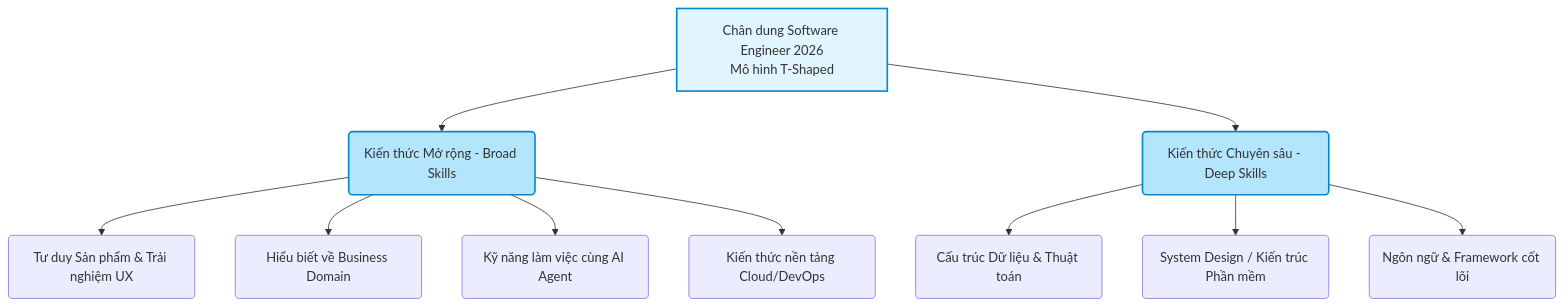
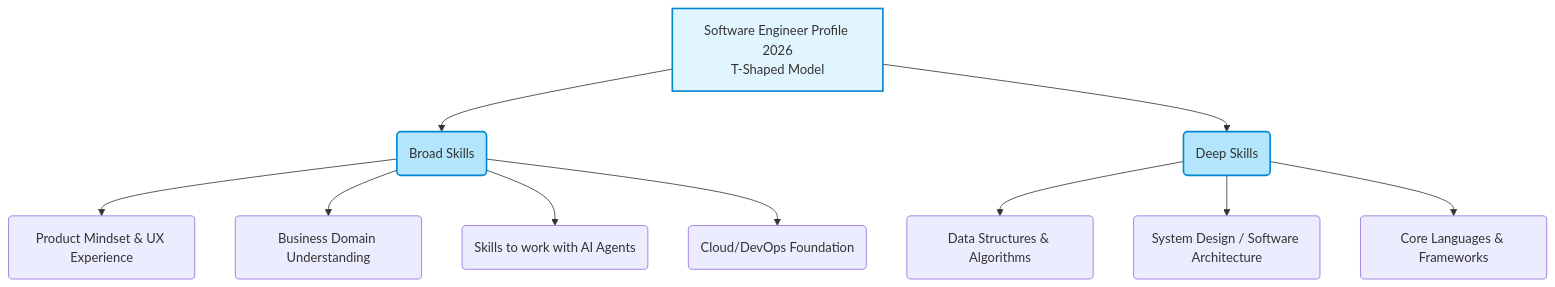
The second of 2 diagrams in src/data/blog/en/92-2026-09-18-the-landscape-for-software-developers-in-2026.md (ga2631/ga2631.github.io), drawn with Mermaid before and after one commit. The commit also changed other lines of this file and 74 other files, not shown here.

````diff
--- a/src/data/blog/en/92-2026-09-18-the-landscape-for-software-developers-in-2026.md
+++ b/src/data/blog/en/92-2026-09-18-the-landscape-for-software-developers-in-2026.md
@@ -72,18 +72,18 @@
 ```mermaid
 graph TD
-    A[Chân dung Software Engineer 2026<br/>Mô hình T-Shaped] --> B(Kiến thức Mở rộng - Broad Skills)
-    A --> C(Kiến thức Chuyên sâu - Deep Skills)
+    A[Software Engineer Profile 2026<br/>T-Shaped Model] --> B(Broad Skills)
+    A --> C(Deep Skills)
 
-    B --> B1(Tư duy Sản phẩm & Trải nghiệm UX)
-    B --> B2(Hiểu biết về Business Domain)
-    B --> B3(Kỹ năng làm việc cùng AI Agent)
-    B --> B4(Kiến thức nền tảng Cloud/DevOps)
+    B --> B1(Product Mindset & UX Experience)
+    B --> B2(Business Domain Understanding)
+    B --> B3(Skills to work with AI Agents)
+    B --> B4(Cloud/DevOps Foundation)
 
-    C --> C1(Cấu trúc Dữ liệu & Thuật toán)
-    C --> C2(System Design / Kiến trúc Phần mềm)
-    C --> C3(Ngôn ngữ & Framework cốt lõi)
+    C --> C1(Data Structures & Algorithms)
+    C --> C2(System Design / Software Architecture)
+    C --> C3(Core Languages & Frameworks)
 
     style A fill:#e1f5fe,stroke:#0288d1,stroke-width:2px;
     style C fill:#b3e5fc,stroke:#0288d1,stroke-width:2px;
     style B fill:#b3e5fc,stroke:#0288d1,stroke-width:2px;
 ```
````
